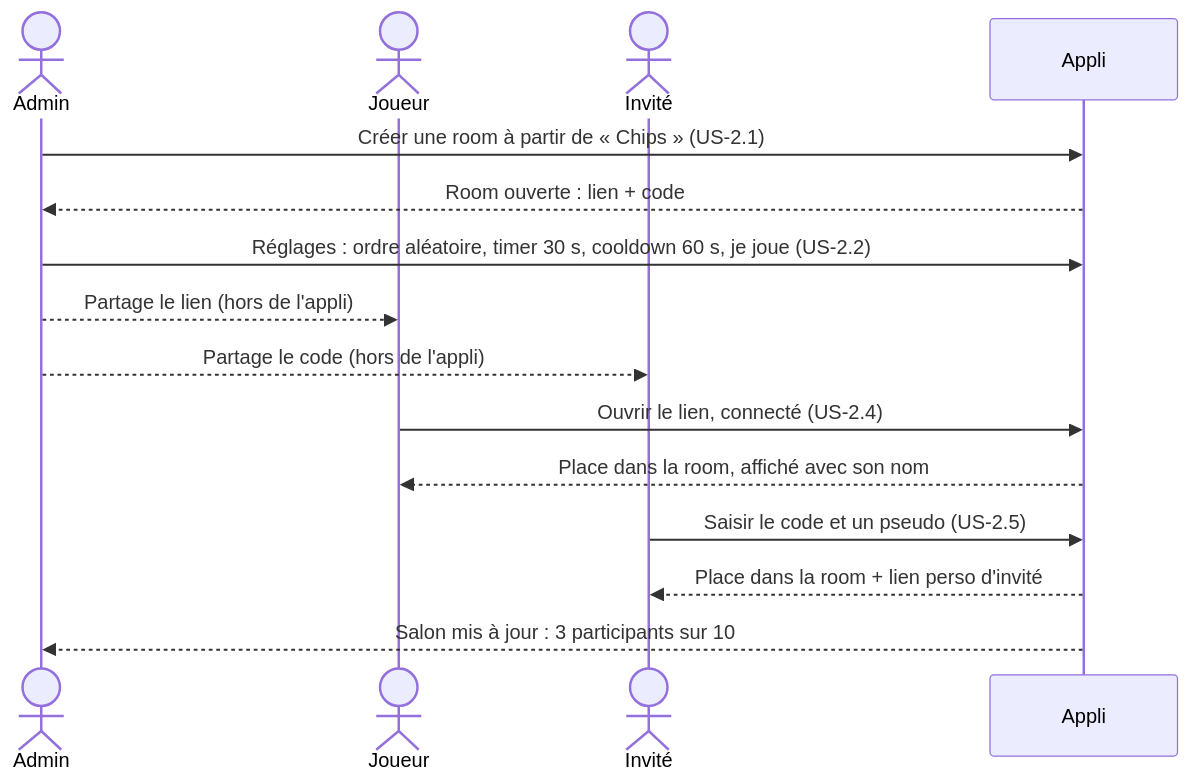
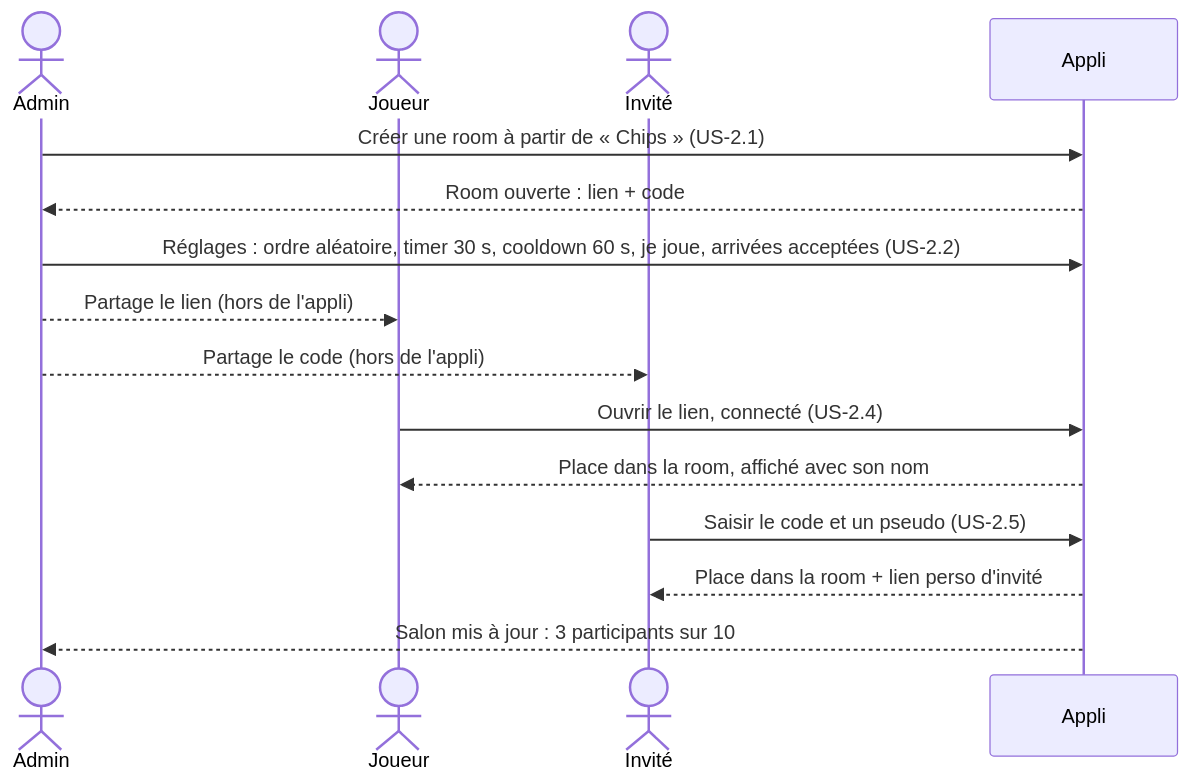
Before and after one commit to Bagra67/TierList: the second of 5 diagrams in docs/product/milestone-1/game-flow.fr.md, drawn with Mermaid. The commit also changed other lines of this file and 19 other files, not shown here.

````diff
--- a/docs/product/milestone-1/game-flow.fr.md
+++ b/docs/product/milestone-1/game-flow.fr.md
@@ -28,17 +28,17 @@
 ```mermaid
 sequenceDiagram
     actor Admin
     actor Joueur
     actor Invite as Invité
     participant Appli
     Admin->>Appli: Créer une room à partir de « Chips » (US-2.1)
     Appli-->>Admin: Room ouverte : lien + code
-    Admin->>Appli: Réglages : ordre aléatoire, timer 30 s, cooldown 60 s, je joue (US-2.2)
+    Admin->>Appli: Réglages : ordre aléatoire, timer 30 s, cooldown 60 s, je joue, arrivées acceptées (US-2.2)
     Admin-->>Joueur: Partage le lien (hors de l'appli)
     Admin-->>Invite: Partage le code (hors de l'appli)
     Joueur->>Appli: Ouvrir le lien, connecté (US-2.4)
     Appli-->>Joueur: Place dans la room, affiché avec son nom
     Invite->>Appli: Saisir le code et un pseudo (US-2.5)
     Appli-->>Invite: Place dans la room + lien perso d'invité
     Appli-->>Admin: Salon mis à jour : 3 participants sur 10
 ```
````
